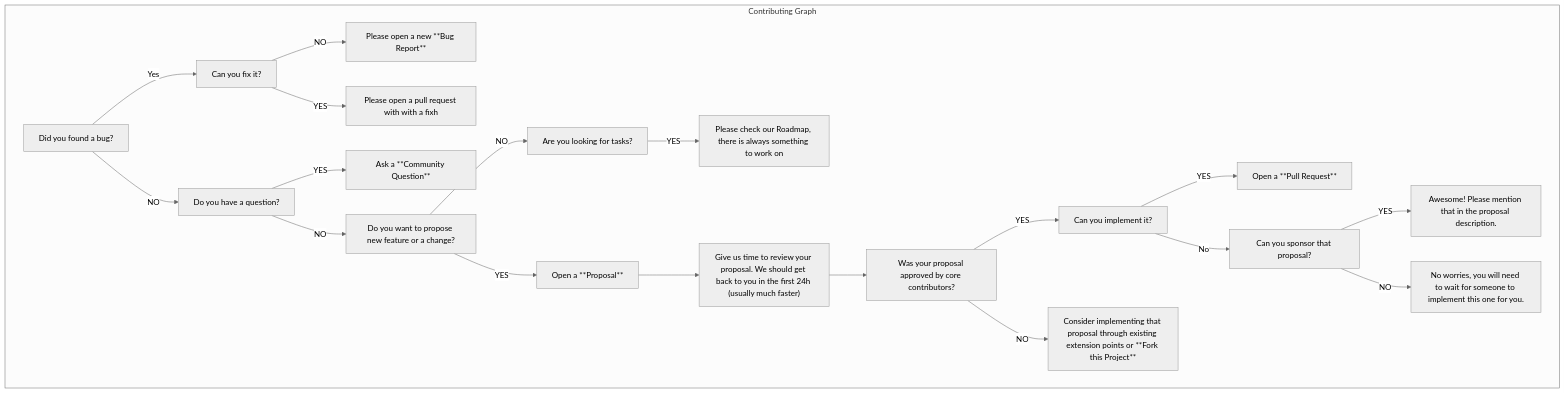
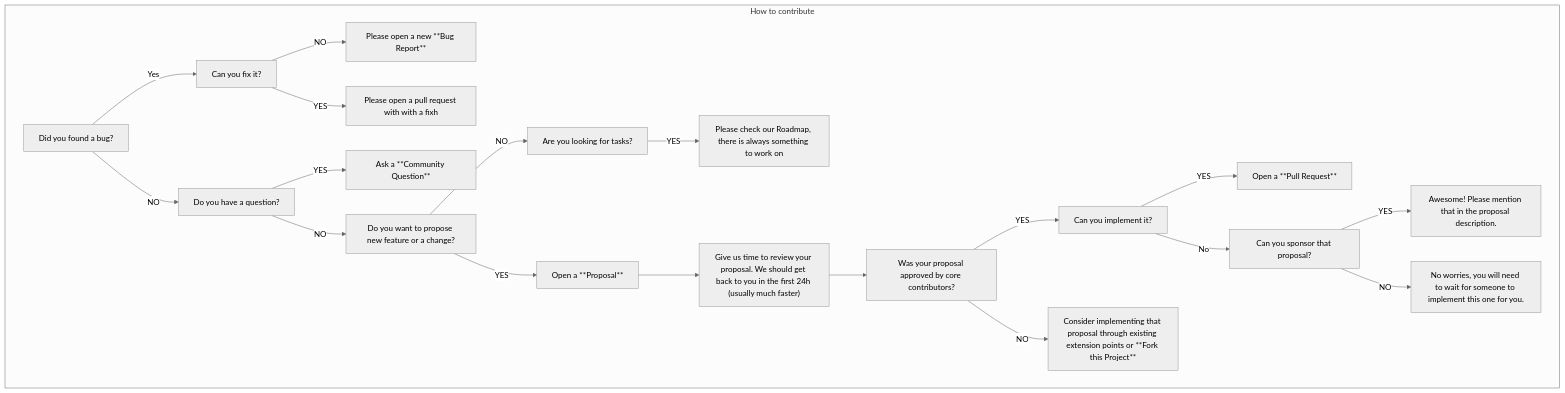
The diagram in documentation/contributing.md (flow-php/flow), drawn with Mermaid (neutral theme) before and after one commit. The commit also changed 1 other file, not shown here.

Commit message:
Removed description section from PR template

````diff
--- a/documentation/contributing.md
+++ b/documentation/contributing.md
@@ -5,34 +5,34 @@
 ```mermaid
 flowchart TD
-    subgraph "Contributing Graph"
+    subgraph "How to contribute"
 
         is-a-bug[Did you found a bug?]
         is-a-bug -->|Yes| can-you-fix-it[Can you fix it?]
         is-a-bug -->|NO| is-a-question[Do you have a question?]
         can-you-fix-it -->|NO| report[Please open a new **Bug Report**]
         can-you-fix-it -->|YES| bug-fix[Please open a pull request with with a fixh]
 
 
         is-a-question -->|YES| go-to-discord[Ask a **Community Question**]
         is-a-question -->|NO| is-a-proposal[Do you want to propose new feature or a change?]
 
         is-a-proposal -->|NO| looking-for-tasks[Are you looking for tasks?]
 
         looking-for-tasks -->|YES| check-roadmap[Please check our Roadmap, there is always something to work on]
 
         is-a-proposal -->|YES| open-a-proposal[Open a **Proposal**]
 
         open-a-proposal --> wait-for-proposal-review["Give us time to review your proposal. We should get back to you in the first 24h (usually much faster)"]
 
         wait-for-proposal-review --> is-proposal-approved[Was your proposal approved by core contributors?]
 
         is-proposal-approved -->|YES| can-you-implement-it[Can you implement it?]
         is-proposal-approved -->|NO| proposal-rejected[Consider implementing that proposal through existing extension points or **Fork this Project**]
 
         can-you-implement-it -->|YES| submit-a-pr[Open a **Pull Request**]
         can-you-implement-it -->|No| can-you-sponsor[Can you sponsor that proposal?]
 
         can-you-sponsor -->|YES| sponsor-proposal[Awesome! Please mention that in the proposal description.]
         can-you-sponsor -->|NO| wait-for-others[No worries, you will need to wait for someone to implement this one for you.]
     end
 ```
````
